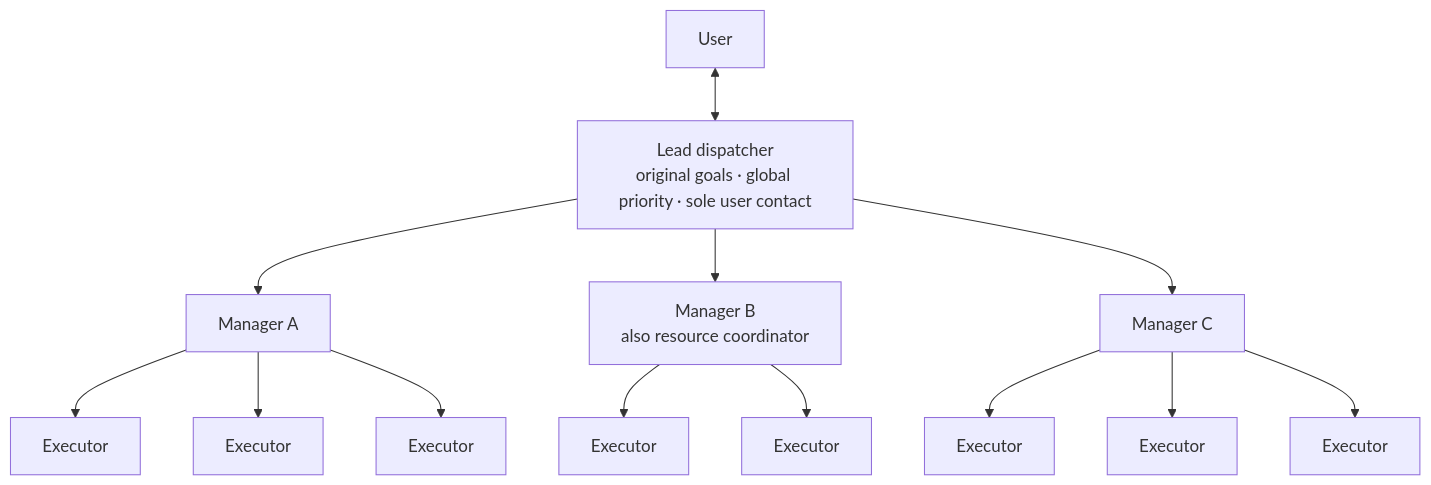
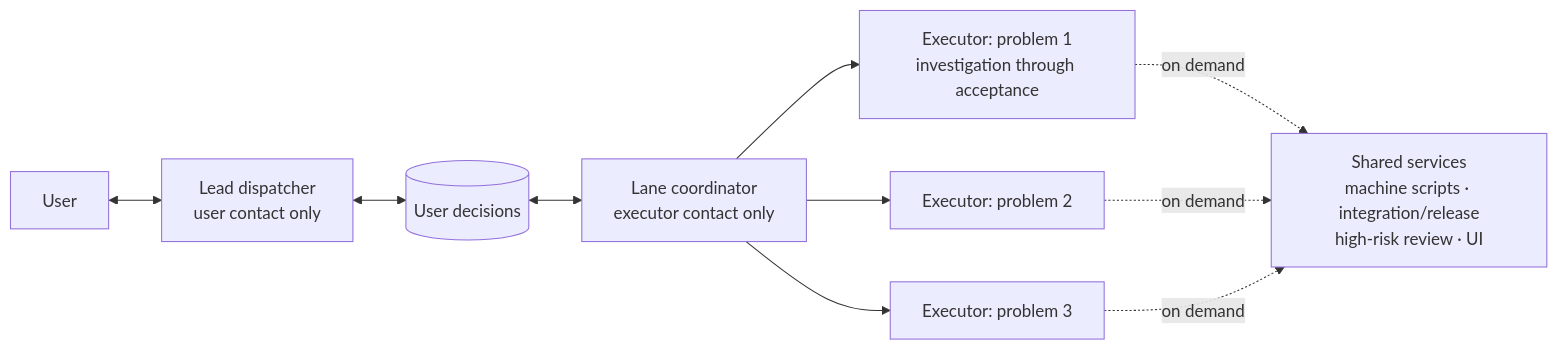
Before and after one commit to LaiHu2002/reliable-agent-dispatch: the diagram in README.en.md, drawn with Mermaid. The commit also changed other lines of this file and 4 other files, not shown here.

````diff
--- a/README.en.md
+++ b/README.en.md
@@ -9,10 +11,10 @@
 ```mermaid
-flowchart TD
-    U[User] <--> L[Lead dispatcher<br/>original goals · global priority · sole user contact]
-    L --> MA[Manager A]
-    L --> MB[Manager B<br/>also resource coordinator]
-    L --> MC[Manager C]
-    MA --> A1[Executor] & A2[Executor] & A3[Executor]
-    MB --> B1[Executor] & B2[Executor]
-    MC --> C1[Executor] & C2[Executor] & C3[Executor]
+flowchart LR
+    U[User] <--> D[Lead dispatcher<br/>user contact only]
+    D <--> Q[(User decisions)]
+    Q <--> M[Lane coordinator<br/>executor contact only]
+    M --> W1[Executor: problem 1<br/>investigation through acceptance]
+    M --> W2[Executor: problem 2]
+    M --> W3[Executor: problem 3]
+    W1 & W2 & W3 -.on demand.-> F[Shared services<br/>machine scripts · integration/release<br/>high-risk review · UI]
 ```
````
